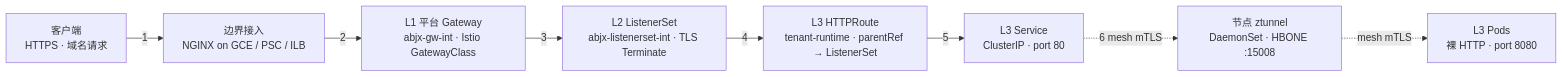
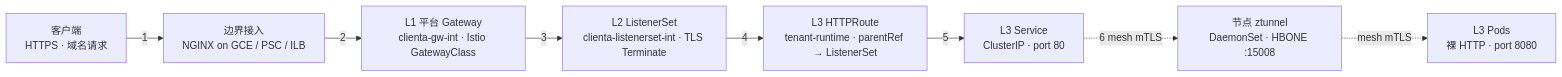
Before and after one commit to aibangjuxin/knowledge: the diagram in gcp/asm/solo/solo.md, drawn with Mermaid. The commit also changed other lines of this file and 4 other files, not shown here.

````diff
--- a/gcp/asm/solo/solo.md
+++ b/gcp/asm/solo/solo.md
@@ -113,19 +115,19 @@
 ```mermaid
 graph LR
     Client[客户端<br/>HTTPS · 域名请求]
     Edge[边界接入<br/>NGINX on GCE / PSC / ILB]
-    GW[L1 平台 Gateway<br/>abjx-gw-int · Istio GatewayClass]
-    LS[L2 ListenerSet<br/>abjx-listenerset-int · TLS Terminate]
+    GW[L1 平台 Gateway<br/>clienta-gw-int · Istio GatewayClass]
+    LS[L2 ListenerSet<br/>clienta-listenerset-int · TLS Terminate]
     HR[L3 HTTPRoute<br/>tenant-runtime · parentRef → ListenerSet]
     Svc[L3 Service<br/>ClusterIP · port 80]
     zt[节点 ztunnel<br/>DaemonSet · HBONE :15008]
     Pod[L3 Pods<br/>裸 HTTP · port 8080]
 
     Client -->|1| Edge
     Edge -->|2| GW
     GW -->|3| LS
     LS -->|4| HR
     HR -->|5| Svc
     Svc -.->|6 mesh mTLS| zt
     zt -.->|mesh mTLS| Pod
 ```
````
